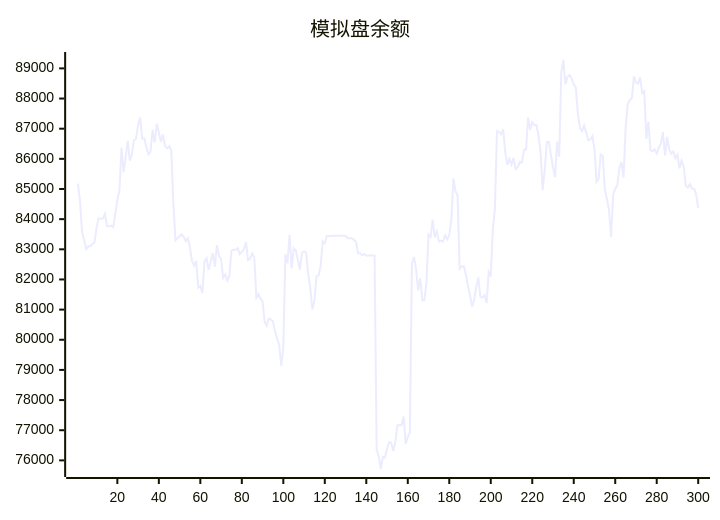
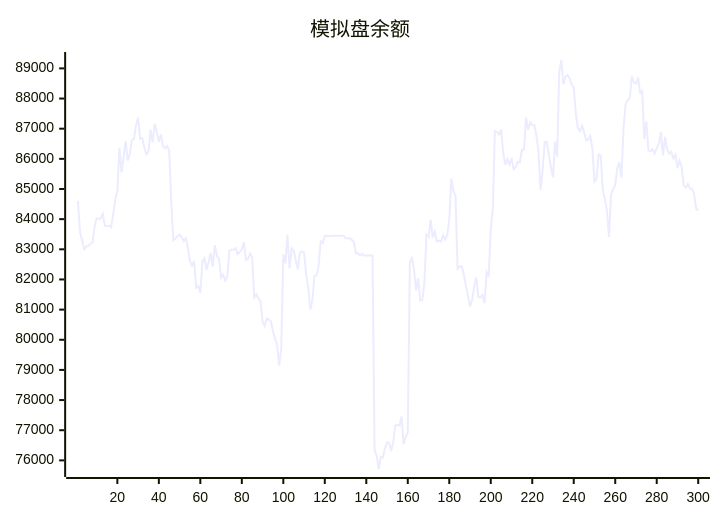
One commit to aahl/ai-trading changed the diagram in README.md. Above: the diagram before and after it, drawn with Mermaid. The commit also changed other lines of this file and 1 other file, not shown here.

````diff
--- a/README.md
+++ b/README.md
@@ -5,5 +5,5 @@
 ```mermaid
 xychart
     title "模拟盘余额"
-    line [85178,84604,83569,83298,83008,83093,83107,83175,83228,83729,84025,84017,84019,84177,83775,83762,83785,83738,84160,84639,84939,86370,85548,86046,86599,85942,86161,86622,86664,87115,87369,86666,86685,86384,86152,86243,86969,86548,87164,86885,86566,86809,86427,86348,86417,86273,84538,83299,83369,83430,83490,83404,83270,83362,83056,82605,82459,82614,81734,81788,81551,82598,82702,82320,82580,82878,82426,83139,82778,82686,82056,82166,81963,82110,82951,82983,82984,83038,82838,82915,82998,83235,82642,82682,82858,82746,81396,81512,81362,81277,80600,80461,80699,80673,80616,80288,80038,79836,79142,79722,82837,82533,83480,82366,83032,82960,82654,82330,82883,82934,82901,82188,81728,81005,81298,82110,82135,82449,83264,83203,83440,83439,83440,83440,83446,83447,83448,83447,83448,83449,83369,83369,83369,83313,83256,82872,82873,82801,82844,82785,82791,82791,82793,82794,76339,76145,75714,76110,76096,76397,76594,76585,76310,76607,77160,77170,77160,77456,76541,76774,76927,82520,82744,82337,81639,82040,81307,81314,81887,83490,83414,83984,83396,83594,83261,83287,83253,83470,83327,83465,83987,85348,84930,84786,82355,82433,82438,82167,81795,81466,81105,81315,81756,82064,81426,81398,81481,81210,82242,82099,83658,84359,86925,86892,86814,86980,86203,85802,86003,85811,86028,85657,85721,85896,85880,86300,86299,87378,86965,87214,87115,87118,86780,86238,84966,85623,86555,86562,86129,85722,85387,86569,86070,88870,89278,88477,88720,88781,88668,88467,88372,87493,87018,86917,87102,86870,86613,86644,86758,86317,85242,85334,86149,86106,84968,84671,84302,83410,84816,85001,85127,85693,85891,85384,87001,87811,87945,88007,88734,88528,88495,88705,88189,88248,86662,87234,86279,86251,86314,86177,86364,86503,86886,86114,86731,86310,86176,86240,86017,86136,85685,85938,85749,85111,85044,85164,85016,85008,84824,84354]
+    line [84604,83569,83298,83008,83093,83107,83175,83228,83729,84025,84017,84019,84177,83775,83762,83785,83738,84160,84639,84939,86370,85548,86046,86599,85942,86161,86622,86664,87115,87369,86666,86685,86384,86152,86243,86969,86548,87164,86885,86566,86809,86427,86348,86417,86273,84538,83299,83369,83430,83490,83404,83270,83362,83056,82605,82459,82614,81734,81788,81551,82598,82702,82320,82580,82878,82426,83139,82778,82686,82056,82166,81963,82110,82951,82983,82984,83038,82838,82915,82998,83235,82642,82682,82858,82746,81396,81512,81362,81277,80600,80461,80699,80673,80616,80288,80038,79836,79142,79722,82837,82533,83480,82366,83032,82960,82654,82330,82883,82934,82901,82188,81728,81005,81298,82110,82135,82449,83264,83203,83440,83439,83440,83440,83446,83447,83448,83447,83448,83449,83369,83369,83369,83313,83256,82872,82873,82801,82844,82785,82791,82791,82793,82794,76339,76145,75714,76110,76096,76397,76594,76585,76310,76607,77160,77170,77160,77456,76541,76774,76927,82520,82744,82337,81639,82040,81307,81314,81887,83490,83414,83984,83396,83594,83261,83287,83253,83470,83327,83465,83987,85348,84930,84786,82355,82433,82438,82167,81795,81466,81105,81315,81756,82064,81426,81398,81481,81210,82242,82099,83658,84359,86925,86892,86814,86980,86203,85802,86003,85811,86028,85657,85721,85896,85880,86300,86299,87378,86965,87214,87115,87118,86780,86238,84966,85623,86555,86562,86129,85722,85387,86569,86070,88870,89278,88477,88720,88781,88668,88467,88372,87493,87018,86917,87102,86870,86613,86644,86758,86317,85242,85334,86149,86106,84968,84671,84302,83410,84816,85001,85127,85693,85891,85384,87001,87811,87945,88007,88734,88528,88495,88705,88189,88248,86662,87234,86279,86251,86314,86177,86364,86503,86886,86114,86731,86310,86176,86240,86017,86136,85685,85938,85749,85111,85044,85164,85016,85008,84824,84354,84287]
 ```
````
